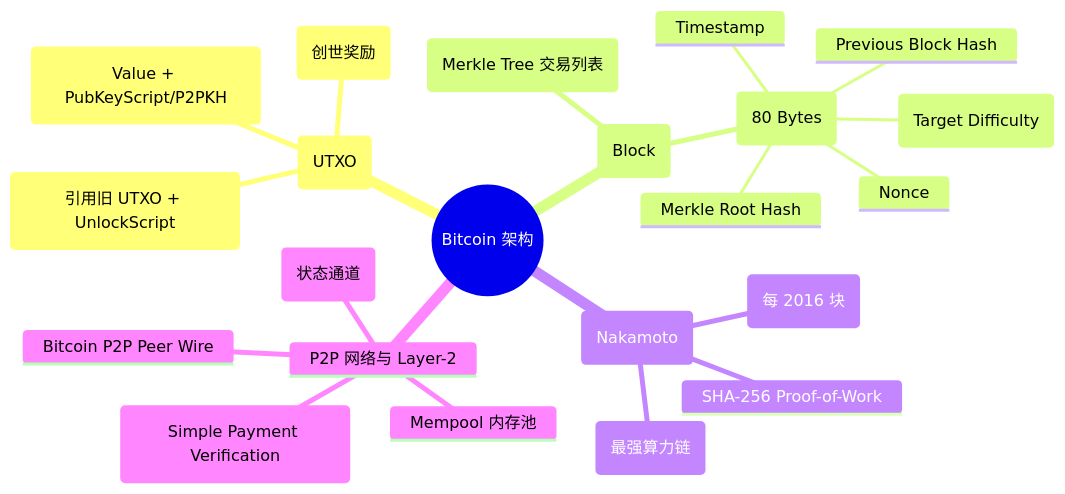
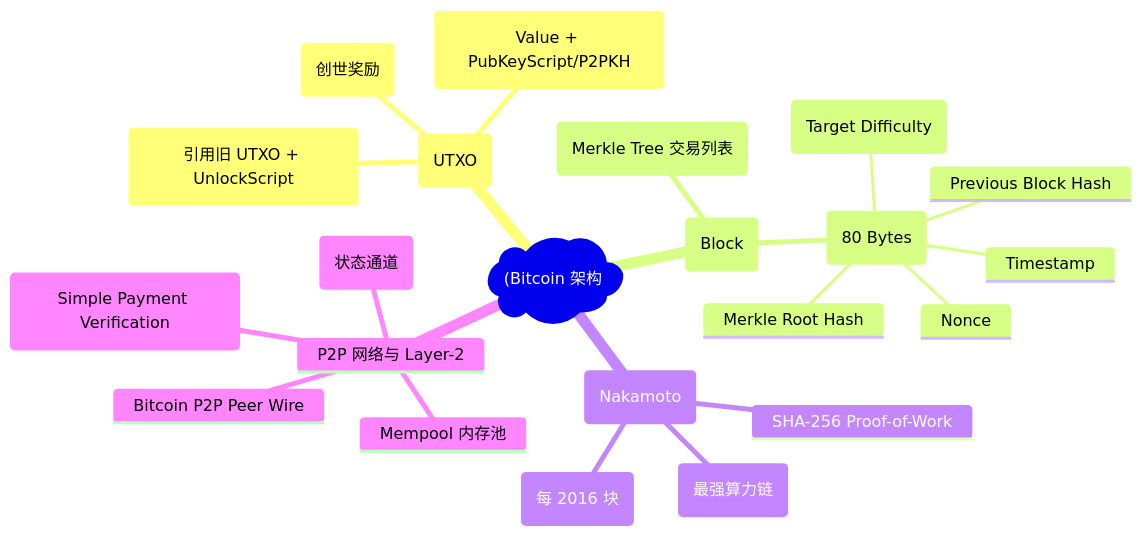
The first of 5 diagrams in docs/atlas/bitcoin.mdx (koosai/AI-Architect-Learning), drawn with Mermaid before and after one commit. The commit also changed other lines of this file and 187 other files, not shown here.

Commit message:
fix(mermaid): fix all unquoted parens and edge label syntax errors across all docs

````diff
--- a/docs/atlas/bitcoin.mdx
+++ b/docs/atlas/bitcoin.mdx
@@ -59,25 +59,25 @@
 ```mermaid
 mindmap
-  root((Bitcoin 架构))
+  root("(Bitcoin 架构"))
     账本模型 (UTXO)
-      Input (引用旧 UTXO + UnlockScript)
-      Output (Value + PubKeyScript/P2PKH)
+      Input("引用旧 UTXO + UnlockScript")
+      Output("Value + PubKeyScript/P2PKH")
       Coinbase Transaction (创世奖励)
     区块结构 (Block)
       Block Header (80 Bytes)
         Previous Block Hash
         Merkle Root Hash
         Timestamp
         Bits (Target Difficulty)
         Nonce
       Block Body (Merkle Tree 交易列表)
     共识机制 (Nakamoto)
       SHA-256 Proof-of-Work
       Difficulty Adjustment (每 2016 块)
       Longest Chain Rule (最强算力链)
     P2P 网络与 Layer-2
       Bitcoin P2P Peer Wire
       Mempool 内存池
       SPV (Simple Payment Verification)
       Lightning Network (状态通道)
 ```
````
